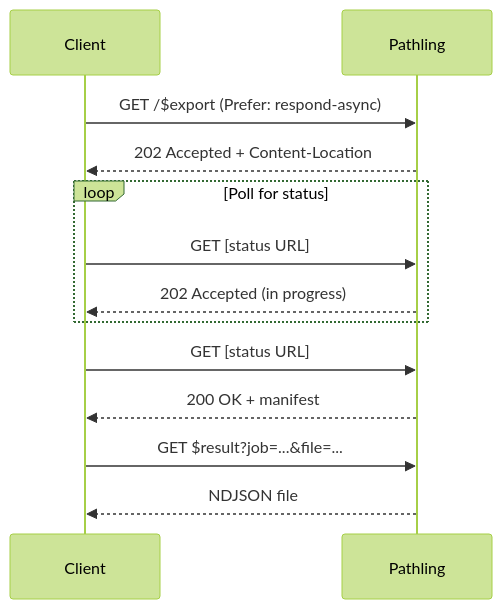
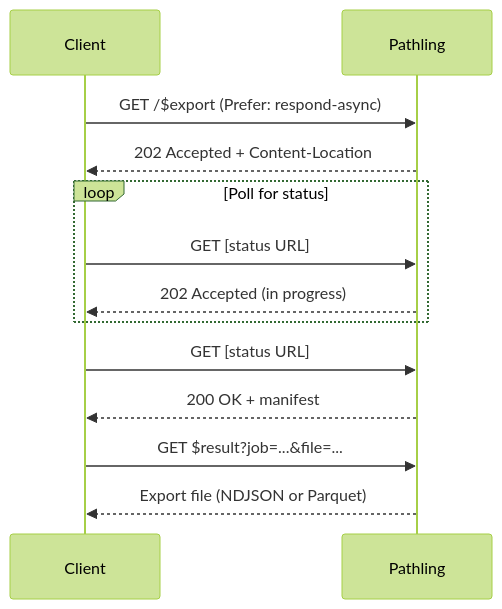
One commit to aehrc/pathling changed the diagram in site/docs/server/operations/export.md. Above: the diagram before and after it, drawn with Mermaid (forest theme). The commit also changed other lines of this file, not shown here.

First line of the commit message:
docs: Document Parquet output format and POST kick-off for export

````diff
--- a/site/docs/server/operations/export.md
+++ b/site/docs/server/operations/export.md
@@ -39,15 +65,15 @@
 ```mermaid
 sequenceDiagram
     participant C as Client
     participant P as Pathling
     C->>P: GET /$export (Prefer: respond-async)
     P-->>C: 202 Accepted + Content-Location
     loop Poll for status
         C->>P: GET [status URL]
         P-->>C: 202 Accepted (in progress)
     end
     C->>P: GET [status URL]
     P-->>C: 200 OK + manifest
     C->>P: GET $result?job=...&file=...
-    P-->>C: NDJSON file
+    P-->>C: Export file (NDJSON or Parquet)
 ```
````
